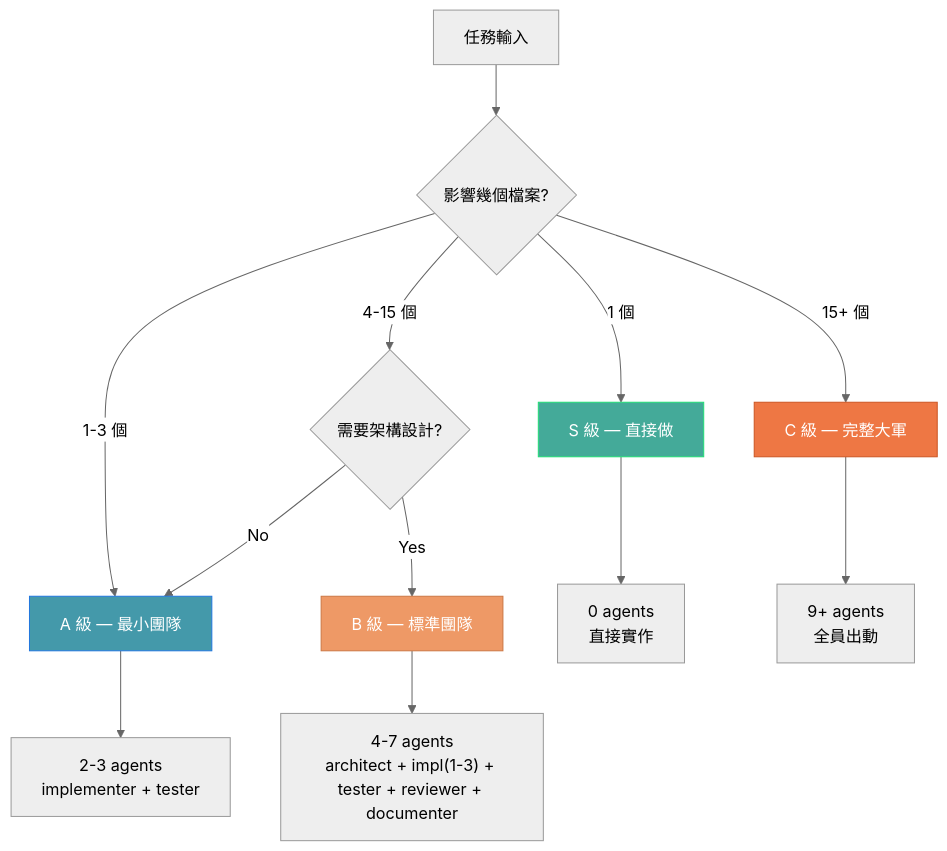
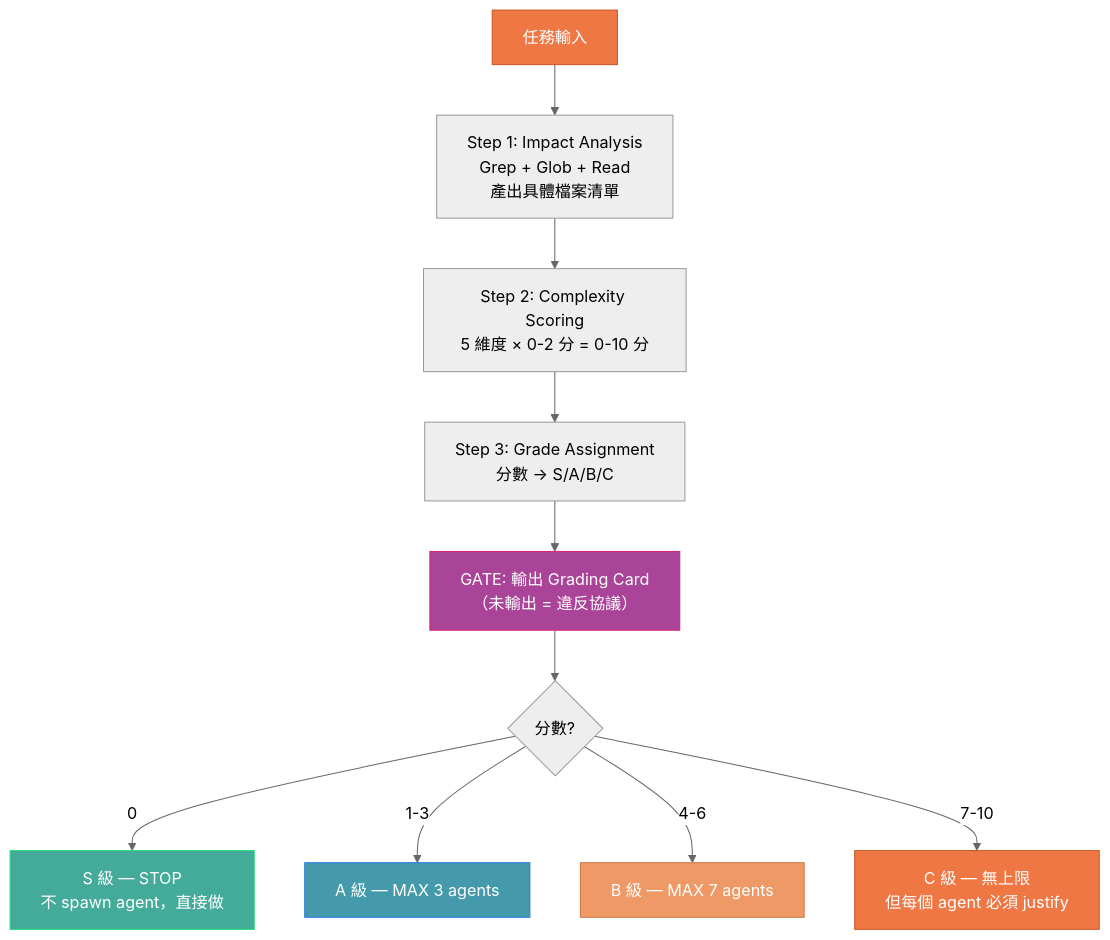
One commit to Muheng1992/symbiotic-engineering changed the third of 18 diagrams in docs/AGENT-ARMY-DESIGN.md. Above: the diagram before and after it, drawn with Mermaid (neutral theme). The commit also changed other lines of this file and 3 other files, not shown here.

First line of the commit message:
feat: Enforce mandatory grading gate in assemble skill (v1.4)

````diff
--- a/docs/AGENT-ARMY-DESIGN.md
+++ b/docs/AGENT-ARMY-DESIGN.md
@@ -255,22 +257,20 @@
 ```mermaid
 graph TD
-    START[任務輸入] --> Q1{影響幾個檔案?}
+    START[任務輸入] --> IA["Step 1: Impact Analysis<br/>Grep + Glob + Read<br/>產出具體檔案清單"]
+    IA --> CS["Step 2: Complexity Scoring<br/>5 維度 × 0-2 分 = 0-10 分"]
+    CS --> GA["Step 3: Grade Assignment<br/>分數 → S/A/B/C"]
+    GA --> CARD["GATE: 輸出 Grading Card<br/>（未輸出 = 違反協議）"]
 
-    Q1 -->|1 個| S[S 級 — 直接做]
-    Q1 -->|1-3 個| A[A 級 — 最小團隊]
-    Q1 -->|4-15 個| Q2{需要架構設計?}
-    Q1 -->|15+ 個| C[C 級 — 完整大軍]
+    CARD --> Q{分數?}
+    Q -->|0| S["S 級 — STOP<br/>不 spawn agent，直接做"]
+    Q -->|1-3| A["A 級 — MAX 3 agents"]
+    Q -->|4-6| B["B 級 — MAX 7 agents"]
+    Q -->|7-10| C["C 級 — 無上限<br/>但每個 agent 必須 justify"]
 
-    Q2 -->|No| A
-    Q2 -->|Yes| B[B 級 — 標準團隊]
-
-    S --> S_TEAM["0 agents<br/>直接實作"]
-    A --> A_TEAM["2-3 agents<br/>implementer + tester"]
-    B --> B_TEAM["4-7 agents<br/>architect + impl(1-3) + tester + reviewer + documenter"]
-    C --> C_TEAM["9+ agents<br/>全員出動"]
-
+    style START fill:#e74,stroke:#c52,color:#fff
+    style CARD fill:#a49,stroke:#d27,color:#fff
     style S fill:#4a9,stroke:#2d7,color:#fff
     style A fill:#49a,stroke:#27d,color:#fff
     style B fill:#e96,stroke:#c74,color:#fff
     style C fill:#e74,stroke:#c52,color:#fff
 ```
````
